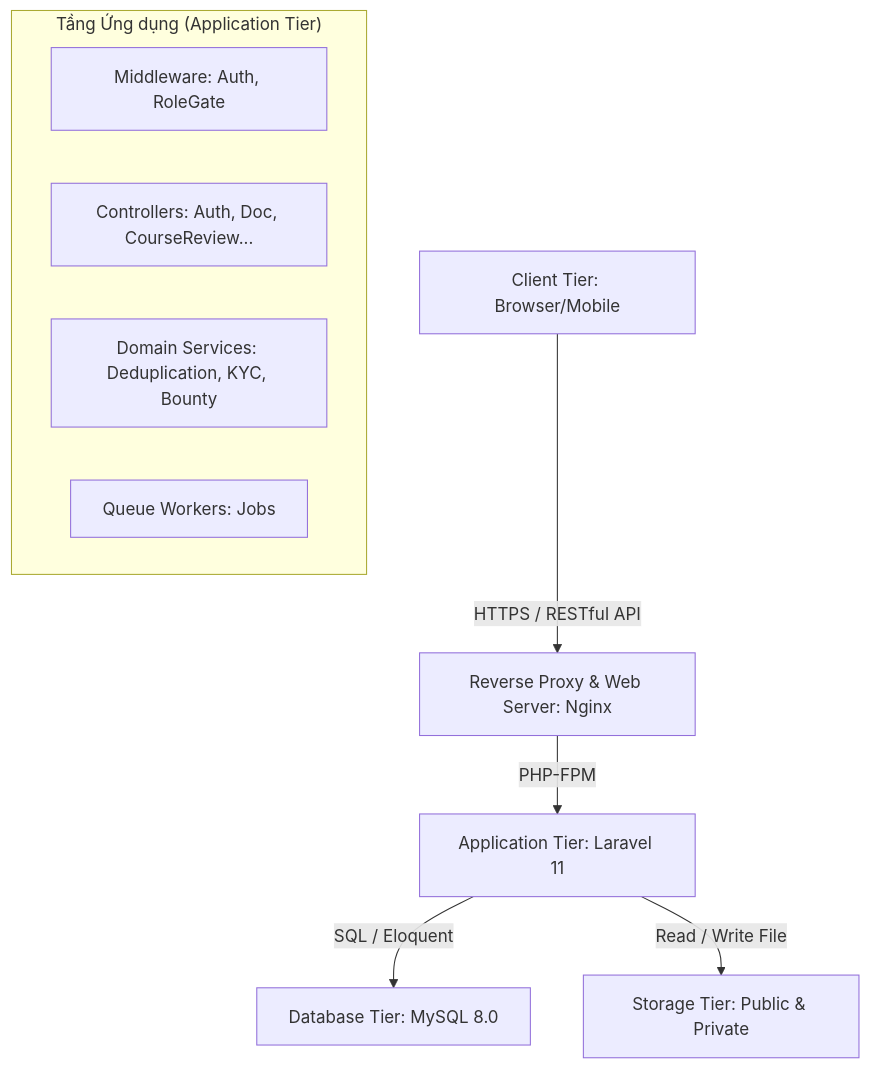
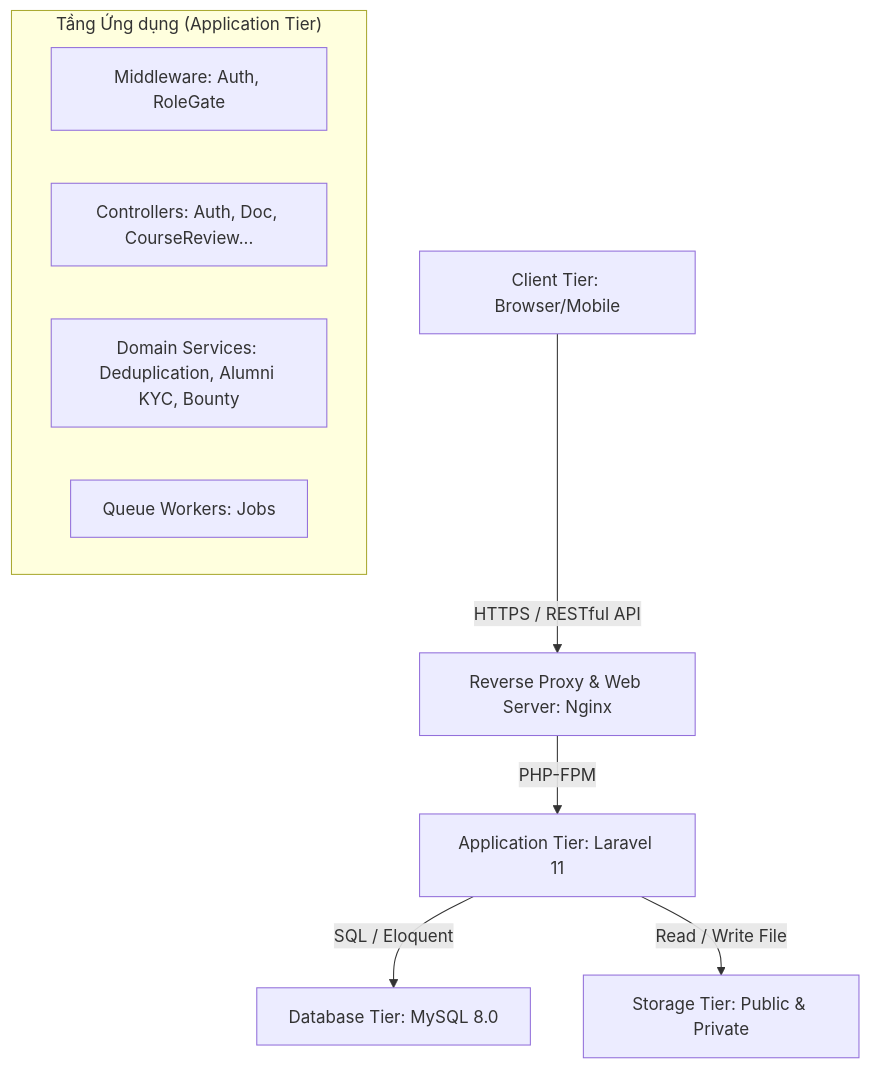
Before and after one commit to DuyCaChef/AGU-Academic-Hub: the first of 2 diagrams in .md/TaiLieuThietKe.md, drawn with Mermaid. The commit also changed other lines of this file and 3 other files, not shown here.

````diff
--- a/.md/TaiLieuThietKe.md
+++ b/.md/TaiLieuThietKe.md
@@ -7,15 +7,15 @@
 ``` mermaid
 graph TD
     A[Client Tier: Browser/Mobile] -->|HTTPS / RESTful API| B[Reverse Proxy & Web Server: Nginx]
     B -->|PHP-FPM| C[Application Tier: Laravel 11]
     
     C -->|SQL / Eloquent| D[Database Tier: MySQL 8.0]
     C -->|Read / Write File| E[Storage Tier: Public & Private]
     
     subgraph "Tầng Ứng dụng (Application Tier)"
     C1[Middleware: Auth, RoleGate]
     C2[Controllers: Auth, Doc, CourseReview...]
-    C3[Domain Services: Deduplication, KYC, Bounty]
+    C3[Domain Services: Deduplication, Alumni KYC, Bounty]
     C4[Queue Workers: Jobs]
     end 
 ```
````
